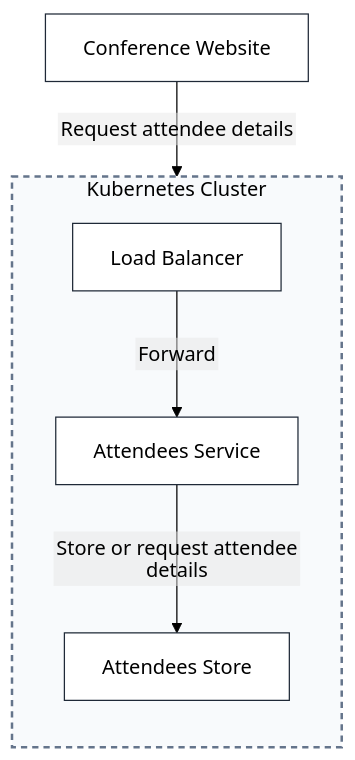
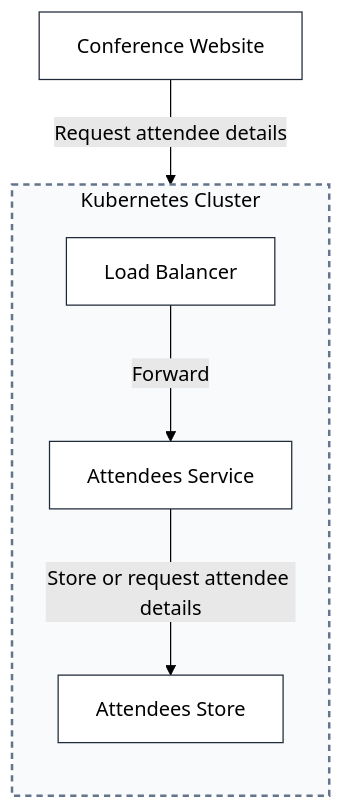
The first of 3 diagrams in cli/test_fixtures/template/expected-output/widget-tests/sad-test.md (finos/architecture-as-code), drawn with Mermaid (forest theme) before and after one commit. The commit also changed 81 other files, not shown here.

````diff
--- a/cli/test_fixtures/template/expected-output/widget-tests/sad-test.md
+++ b/cli/test_fixtures/template/expected-output/widget-tests/sad-test.md
@@ -3,25 +3,25 @@
 ```mermaid
-%%{init: {"flowchart": {"htmlLabels": false}}}%%
+%%{init: {"flowchart": {"htmlLabels": true, "curve": "basis", "padding": 15, "nodeSpacing": 40, "rankSpacing": 60, "useMaxWidth": true}}}%%
 flowchart TB
 classDef boundary fill:#f8fafc,stroke:#64748b,stroke-dasharray: 5 4,stroke-width:2px,color:#000;
 classDef node fill:#ffffff,stroke:#1f2937,stroke-width:1px,color:#000;
 classDef iface fill:#f1f5f9,stroke:#64748b,stroke-width:1px,font-size:10px,color:#000;
 classDef highlight fill:#fef3c7,stroke:#f59e0b,stroke-width:2px,color:#000;
 
         subgraph k8s-cluster["Kubernetes Cluster"]
         direction TB
             attendees["Attendees Service"]:::node
             attendees-store["Attendees Store"]:::node
             load-balancer["Load Balancer"]:::node
         end
         class k8s-cluster boundary
 
     conference-website["Conference Website"]:::node
 
     conference-website -->|Request attendee details| load-balancer
     load-balancer -->|Forward| attendees
     attendees -->|Store or request attendee details| attendees-store
 
 
 
 ```
````
